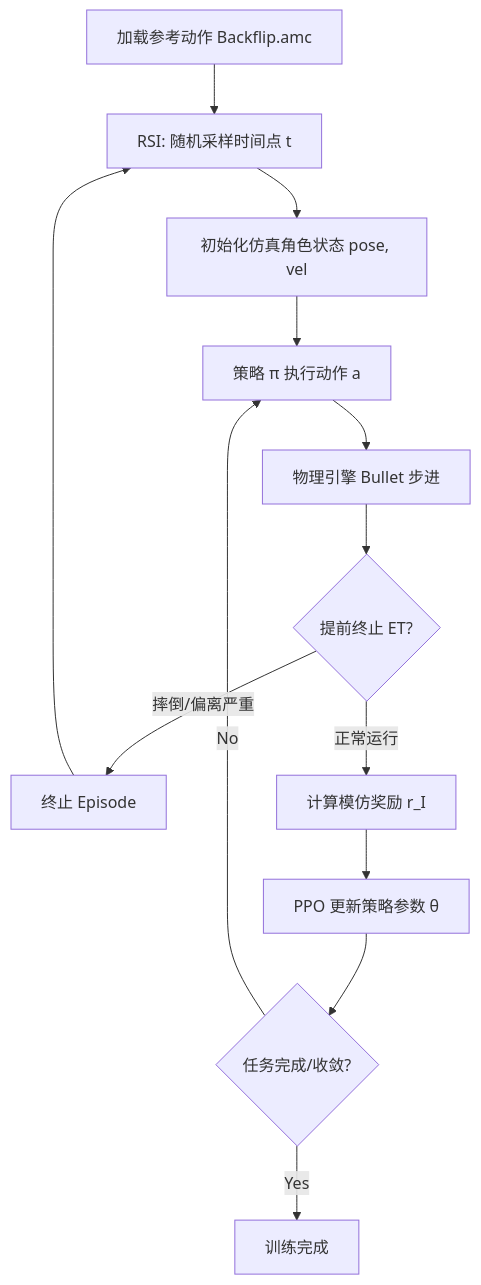
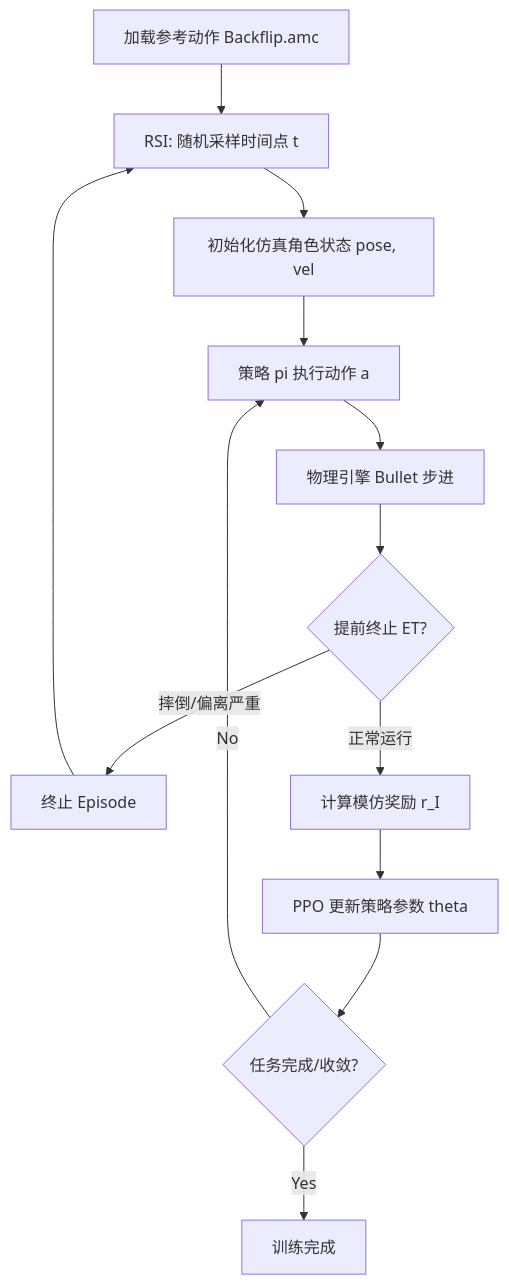
Before and after one commit to ImChong/Humanoid_Robot_Learning_Paper_Notebooks: the diagram in papers/01_Foundational_RL/DeepMimic_Example-Guided_Deep_RL_of_Physics-Based_Character_Skills/DeepMimic_Example-Guided_Deep_RL_of_Physics-Based_Character_Skills.md, drawn with Mermaid. The commit also changed 1 other file, not shown here.

Commit message:
fix(mobile): 修复 DeepMimic 等论文页在移动端主列右侧出现空白的问题
根因：DeepMimic 笔记里的 \`\`\`mermaid\`\`\` 围栏块在 Jekyll/kramdown
下不会渲染成图，而是变成一段长 code block。其内部 .code-row
设了 min-width: max-content，行长会推动 .paper-body 整体超过
视口宽度。叠加 .container 的 max-width: 860px + margin: 0 auto，
在文档比视口宽的情况下被错位居中，造成主列被推到一侧、另一侧
留出大片空白。

两处修复：

1. 把 DeepMimic 训练流程图的围栏 mermaid 改成 <div class="mermaid">
   （和此前 MimicKit/AMP/ASE/ADD 一致），既让图正确渲染，
   也消掉这条会撑宽页面的 code block。

2. 在 @media (max-width: 1200px) 的 html/body 规则下，给
   .container/.paper-content/.paper-layout/.paper-body 统一加
   max-width: 100% + box-sizing: border-box，确保任何意外宽
   元素都不会让外层容器突破视口。同时给 .paper-content 的
   overflow-x: clip 加上 overflow-x: hidden 回退，照顾旧版
   iOS Safari (<16)。

````diff
--- a/papers/01_Foundational_RL/DeepMimic_Example-Guided_Deep_RL_of_Physics-Based_Character_Skills/DeepMimic_Example-Guided_Deep_RL_of_Physics-Based_Character_Skills.md
+++ b/papers/01_Foundational_RL/DeepMimic_Example-Guided_Deep_RL_of_Physics-Based_Character_Skills/DeepMimic_Example-Guided_Deep_RL_of_Physics-Based_Character_Skills.md
@@ -564,15 +564,15 @@
-```mermaid
+<div class="mermaid">
 graph TD
     A[加载参考动作 Backflip.amc] --> B[RSI: 随机采样时间点 t]
     B --> C[初始化仿真角色状态 pose, vel]
-    C --> D[策略 π 执行动作 a]
+    C --> D["策略 pi 执行动作 a"]
     D --> E[物理引擎 Bullet 步进]
     E --> F{提前终止 ET?}
     F -- 摔倒/偏离严重 --> G[终止 Episode]
     G --> B
-    F -- 正常运行 --> H[计算模仿奖励 r_I]
-    H --> I[PPO 更新策略参数 θ]
+    F -- 正常运行 --> H["计算模仿奖励 r_I"]
+    H --> I["PPO 更新策略参数 theta"]
     I --> J{任务完成/收敛?}
     J -- No --> D
     J -- Yes --> K[训练完成]
-```
+</div>
````
